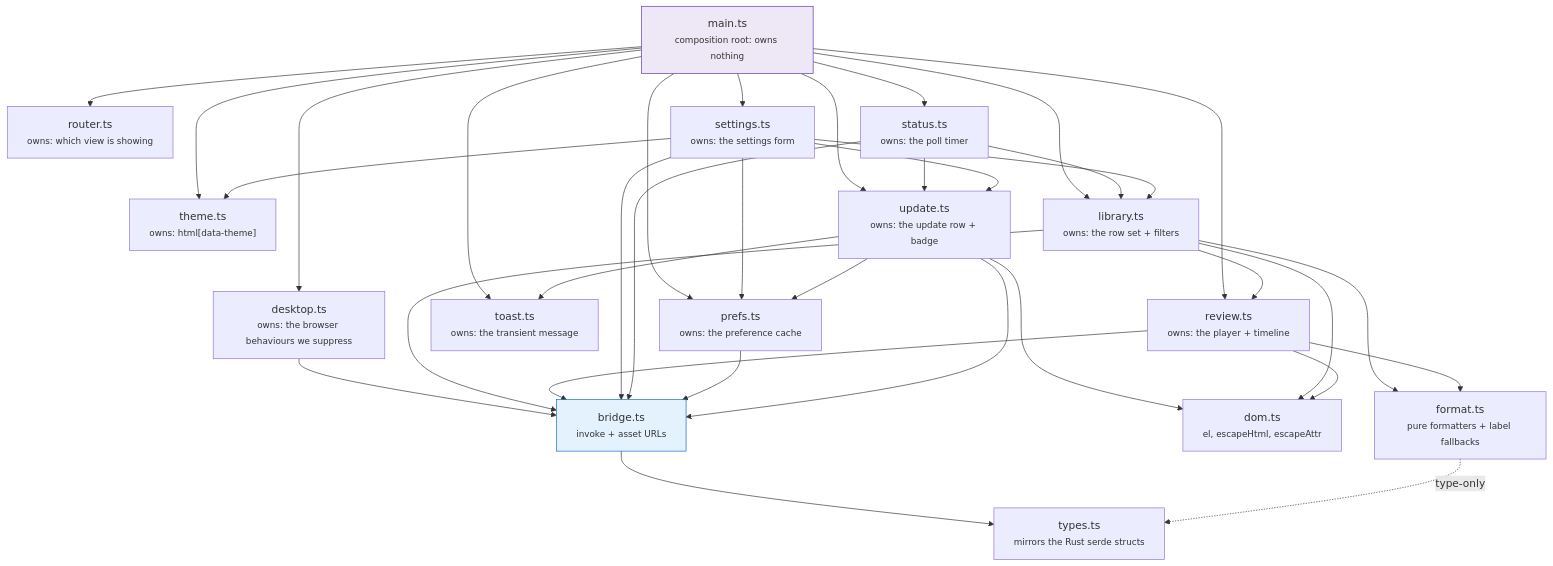
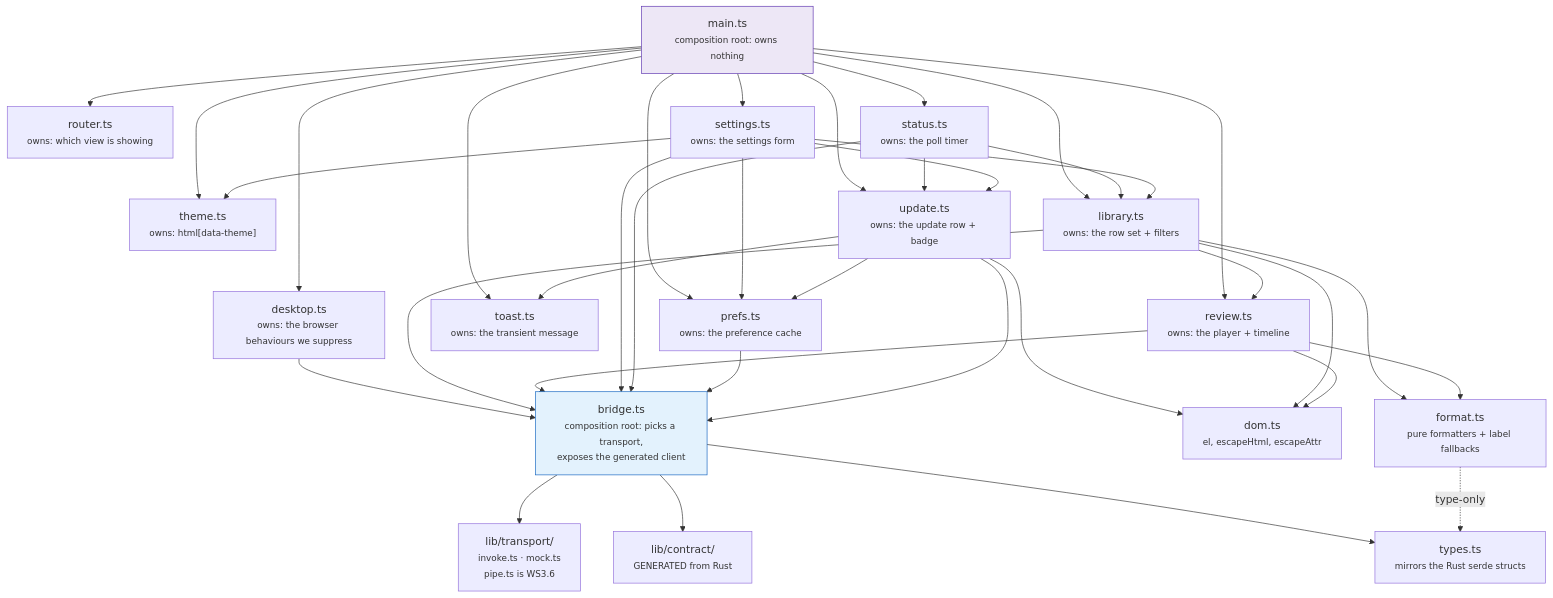
One commit to NinjaGoldfinch/ninja-recorder changed the first of 4 diagrams in docs/frontend.md. Above: the diagram before and after it, drawn with Mermaid. The commit also changed other lines of this file and 6 other files, not shown here.

````diff
--- a/docs/frontend.md
+++ b/docs/frontend.md
@@ -13,54 +13,58 @@
 ```mermaid
 flowchart TB
     MAIN["main.ts<br/><small>composition root: owns nothing</small>"]
     ROUTER["router.ts<br/><small>owns: which view is showing</small>"]
     THEME["theme.ts<br/><small>owns: html[data-theme]</small>"]
     PREFS["prefs.ts<br/><small>owns: the preference cache</small>"]
     STATUS["status.ts<br/><small>owns: the poll timer</small>"]
     LIB["library.ts<br/><small>owns: the row set + filters</small>"]
     REVIEW["review.ts<br/><small>owns: the player + timeline</small>"]
     SETTINGS["settings.ts<br/><small>owns: the settings form</small>"]
     TOAST["toast.ts<br/><small>owns: the transient message</small>"]
     UPDATE["update.ts<br/><small>owns: the update row + badge</small>"]
     DESK["desktop.ts<br/><small>owns: the browser behaviours we suppress</small>"]
-    BRIDGE["bridge.ts<br/><small>invoke + asset URLs</small>"]
+    BRIDGE["bridge.ts<br/><small>composition root: picks a transport,<br/>exposes the generated client</small>"]
+    TRANSPORT["lib/transport/<br/><small>invoke.ts · mock.ts<br/>pipe.ts is WS3.6</small>"]
+    CONTRACT["lib/contract/<br/><small>GENERATED from Rust</small>"]
+    BRIDGE --> TRANSPORT
+    BRIDGE --> CONTRACT
     DOM["dom.ts<br/><small>el, escapeHtml, escapeAttr</small>"]
     FMT["format.ts<br/><small>pure formatters + label fallbacks</small>"]
     TYPES["types.ts<br/><small>mirrors the Rust serde structs</small>"]
 
     MAIN --> ROUTER
     MAIN --> THEME
     MAIN --> PREFS
     MAIN --> STATUS
     MAIN --> LIB
     MAIN --> REVIEW
     MAIN --> SETTINGS
     MAIN --> TOAST
     MAIN --> UPDATE
     MAIN --> DESK
     DESK --> BRIDGE
     STATUS --> LIB
     STATUS --> UPDATE
     SETTINGS --> LIB
     SETTINGS --> THEME
     SETTINGS --> PREFS
     LIB --> REVIEW
     LIB --> BRIDGE
     REVIEW --> BRIDGE
     SETTINGS --> BRIDGE
     STATUS --> BRIDGE
     PREFS --> BRIDGE
     UPDATE --> BRIDGE
     UPDATE --> TOAST
     UPDATE --> DOM
     UPDATE --> PREFS
     SETTINGS --> UPDATE
     LIB --> FMT
     REVIEW --> FMT
     LIB --> DOM
     REVIEW --> DOM
     BRIDGE --> TYPES
     FMT -.->|"type-only"| TYPES
     style MAIN fill:#ede7f6,stroke:#5e35b1
     style BRIDGE fill:#e3f2fd,stroke:#1565c0
 ```
````
